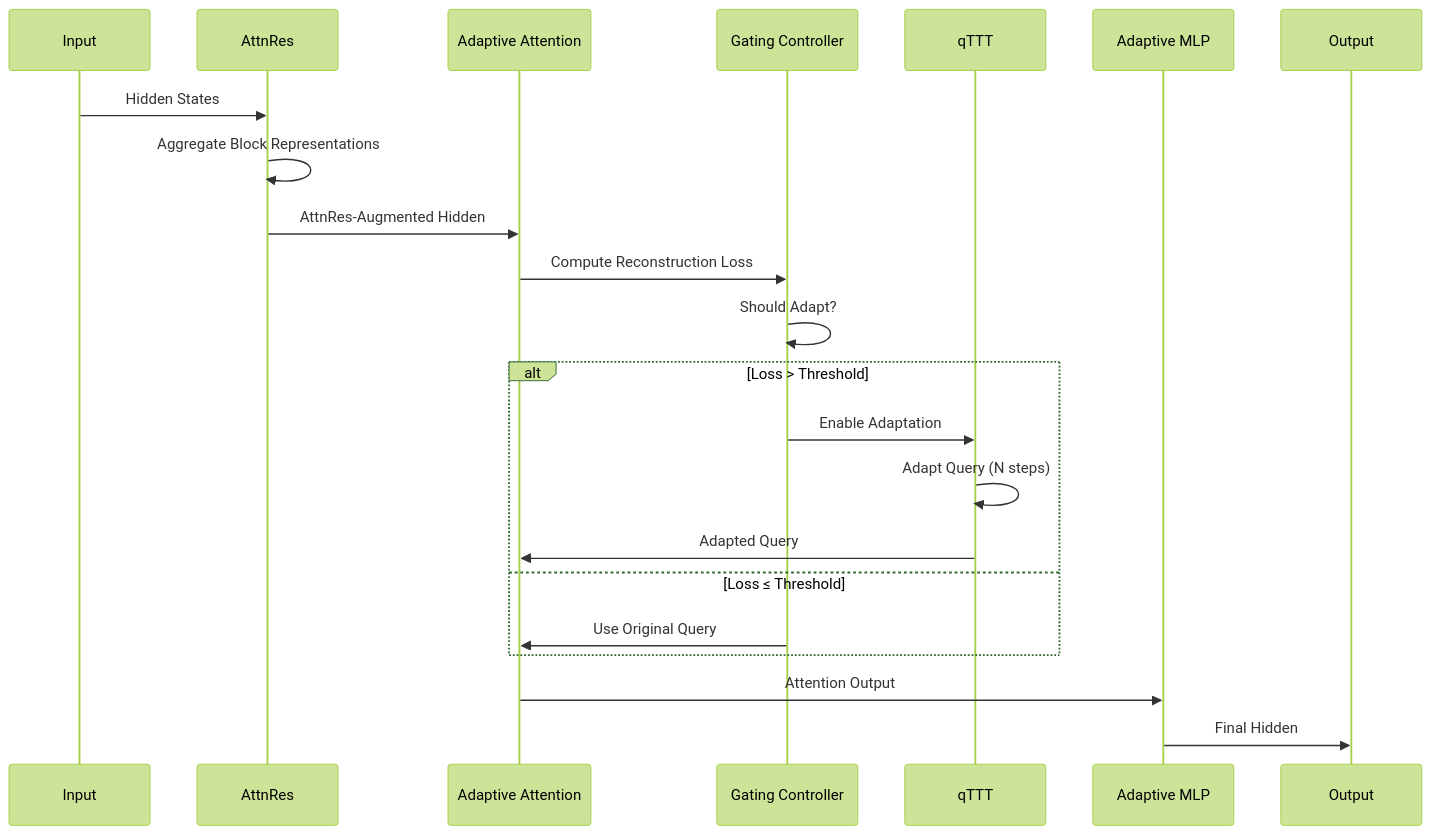
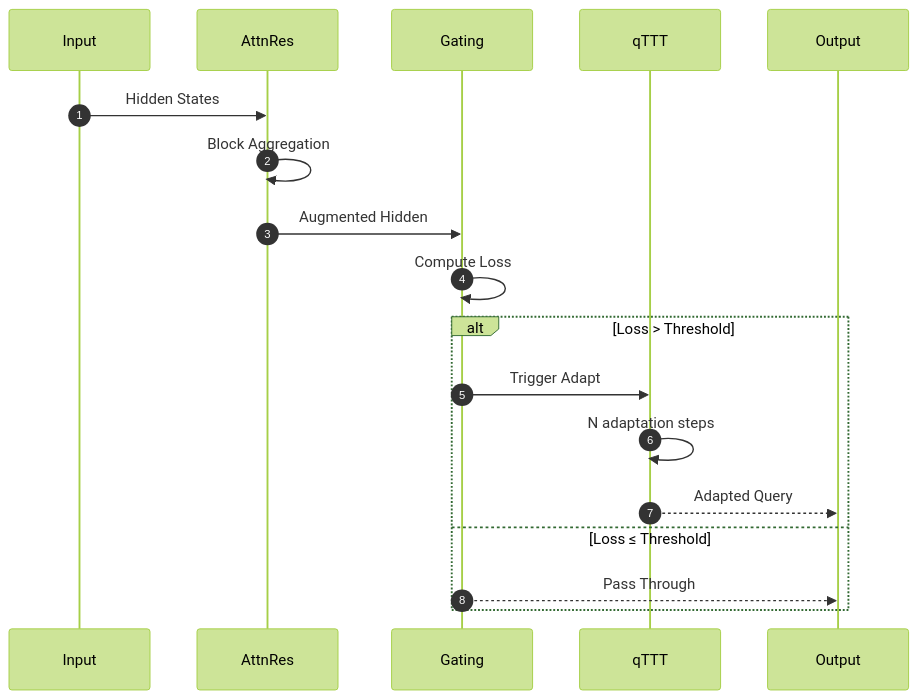
One commit to sunnyang1/Adaptive-Deep-Networks changed the second of 7 diagrams in docs/ARCHITECTURE.md. Above: the diagram before and after it, drawn with Mermaid (forest theme). The commit also changed other lines of this file and 9 other files, not shown here.

````diff
--- a/docs/ARCHITECTURE.md
+++ b/docs/ARCHITECTURE.md
@@ -41,28 +52,23 @@
 ```mermaid
 sequenceDiagram
-    participant Input as Input
-    participant AttnRes as AttnRes
-    participant Attention as Adaptive Attention
-    participant Gating as Gating Controller
-    participant qTTT as qTTT
-    participant MLP as Adaptive MLP
-    participant Output as Output
+    autonumber
+    participant I as Input
+    participant A as AttnRes
+    participant G as Gating
+    participant Q as qTTT
+    participant O as Output
 
-    Input->>AttnRes: Hidden States
-    AttnRes->>AttnRes: Aggregate Block Representations
-    AttnRes->>Attention: AttnRes-Augmented Hidden
+    I->>A: Hidden States
+    A->>A: Block Aggregation
+    A->>G: Augmented Hidden
     
-    Attention->>Gating: Compute Reconstruction Loss
-    Gating->>Gating: Should Adapt?
+    G->>G: Compute Loss
     
     alt Loss > Threshold
-        Gating->>qTTT: Enable Adaptation
-        qTTT->>qTTT: Adapt Query (N steps)
-        qTTT->>Attention: Adapted Query
+        G->>Q: Trigger Adapt
+        Q->>Q: N adaptation steps
+        Q-->>O: Adapted Query
     else Loss ≤ Threshold
-        Gating->>Attention: Use Original Query
+        G-->>O: Pass Through
     end
-    
-    Attention->>MLP: Attention Output
-    MLP->>Output: Final Hidden
 ```
````
